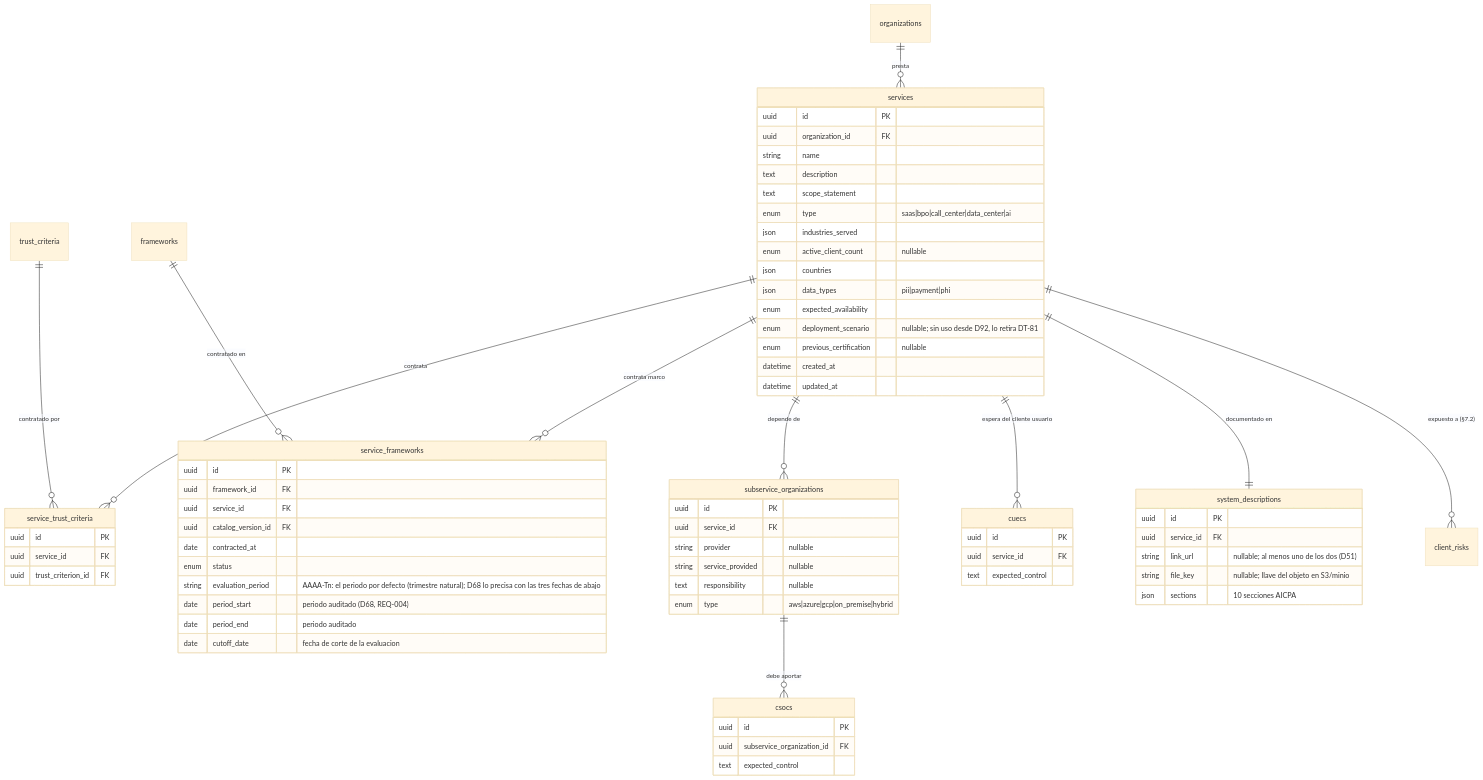
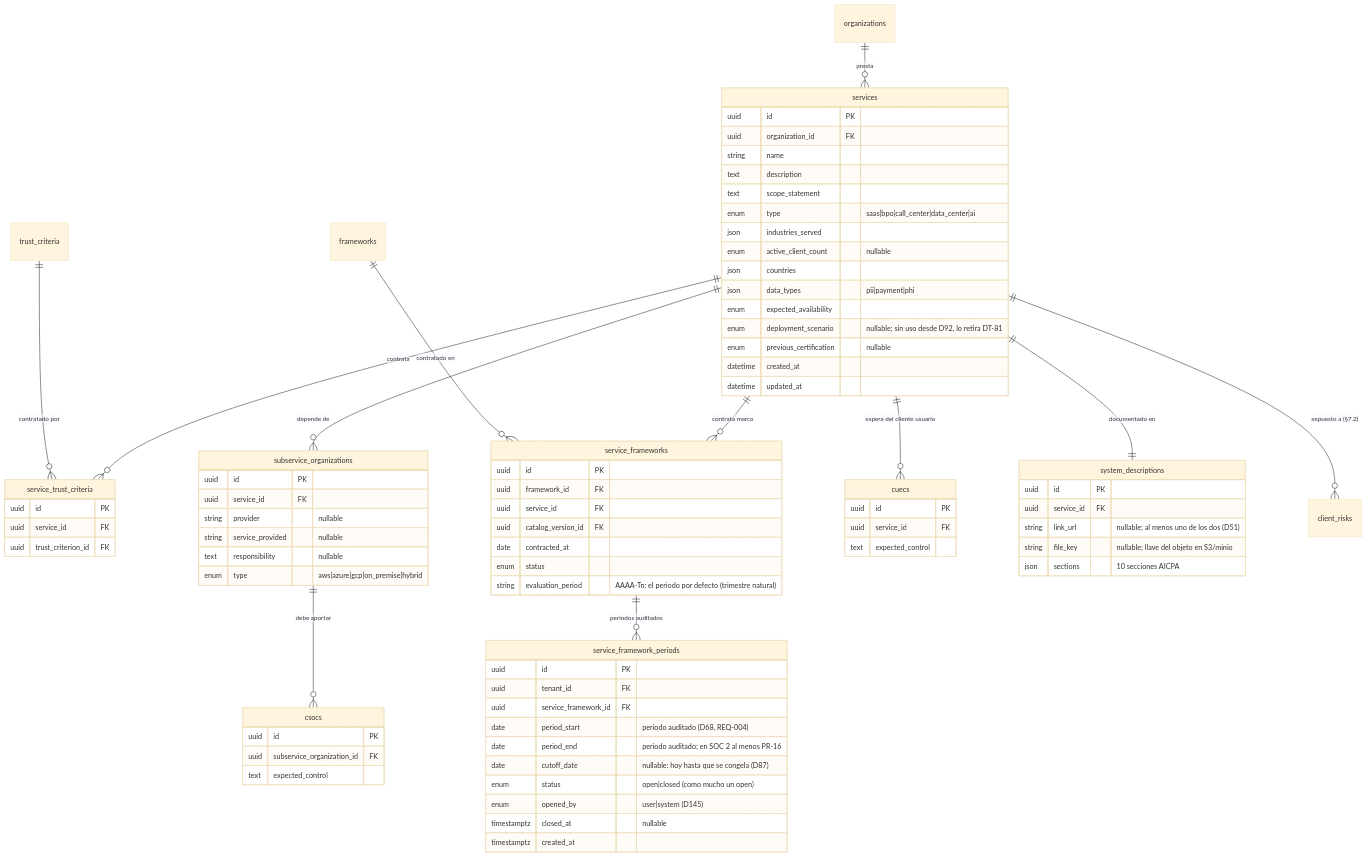
One commit to Monkey-GRC/Monkey-Brain-IA changed the second of 3 diagrams in skills/product/monkey-compliance-council/references/datos/modelo/06-onboarding.md. Above: the diagram before and after it, drawn with Mermaid (base theme). The commit also changed other lines of this file and 27 other files, not shown here.

````diff
--- a/skills/product/monkey-compliance-council/references/datos/modelo/06-onboarding.md
+++ b/skills/product/monkey-compliance-council/references/datos/modelo/06-onboarding.md
@@ -87,72 +87,82 @@
 ```mermaid
 erDiagram
     services {
         uuid id PK
         uuid organization_id FK
         string name
         text description
         text scope_statement
         enum type "saas|bpo|call_center|data_center|ai"
         json industries_served
         enum active_client_count "nullable"
         json countries
         json data_types "pii|payment|phi"
         enum expected_availability
         enum deployment_scenario "nullable; sin uso desde D92, lo retira DT-81"
         enum previous_certification "nullable"
         datetime created_at
         datetime updated_at
     }
     service_trust_criteria {
         uuid id PK
         uuid service_id FK
         uuid trust_criterion_id FK
     }
     service_frameworks {
         uuid id PK
         uuid framework_id FK
         uuid service_id FK
         uuid catalog_version_id FK
         date contracted_at
         enum status
-        string evaluation_period "AAAA-Tn: el periodo por defecto (trimestre natural); D68 lo precisa con las tres fechas de abajo"
+        string evaluation_period "AAAA-Tn: el periodo por defecto (trimestre natural)"
+    }
+    service_framework_periods {
+        uuid id PK
+        uuid tenant_id FK
+        uuid service_framework_id FK
         date period_start "periodo auditado (D68, REQ-004)"
-        date period_end "periodo auditado"
-        date cutoff_date "fecha de corte de la evaluacion"
+        date period_end "periodo auditado; en SOC 2 al menos PR-16"
+        date cutoff_date "nullable: hoy hasta que se congela (D87)"
+        enum status "open|closed (como mucho un open)"
+        enum opened_by "user|system (D145)"
+        timestamptz closed_at "nullable"
+        timestamptz created_at
     }
     subservice_organizations {
         uuid id PK
         uuid service_id FK
         string provider "nullable"
         string service_provided "nullable"
         text responsibility "nullable"
         enum type "aws|azure|gcp|on_premise|hybrid"
     }
     csocs {
         uuid id PK
         uuid subservice_organization_id FK
         text expected_control
     }
     cuecs {
         uuid id PK
         uuid service_id FK
         text expected_control
     }
     system_descriptions {
         uuid id PK
         uuid service_id FK
         string link_url "nullable; al menos uno de los dos (D51)"
         string file_key "nullable; llave del objeto en S3/minio"
         json sections "10 secciones AICPA"
     }
     organizations ||--o{ services : "presta"
     services ||--o{ service_trust_criteria : "contrata"
     trust_criteria ||--o{ service_trust_criteria : "contratado por"
     services ||--o{ service_frameworks : "contrata marco"
     frameworks ||--o{ service_frameworks : "contratado en"
+    service_frameworks ||--o{ service_framework_periods : "periodos auditados"
     services ||--o{ subservice_organizations : "depende de"
     subservice_organizations ||--o{ csocs : "debe aportar"
     services ||--o{ cuecs : "espera del cliente usuario"
     services ||--|| system_descriptions : "documentado en"
     services ||--o{ client_risks : "expuesto a (§7.2)"
 ```
````
